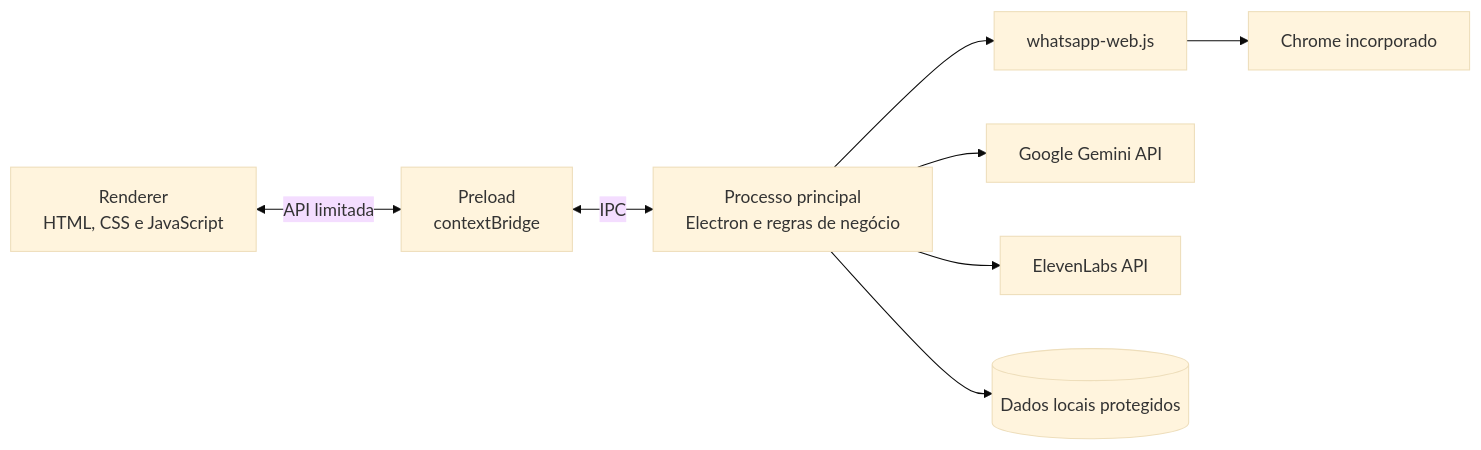
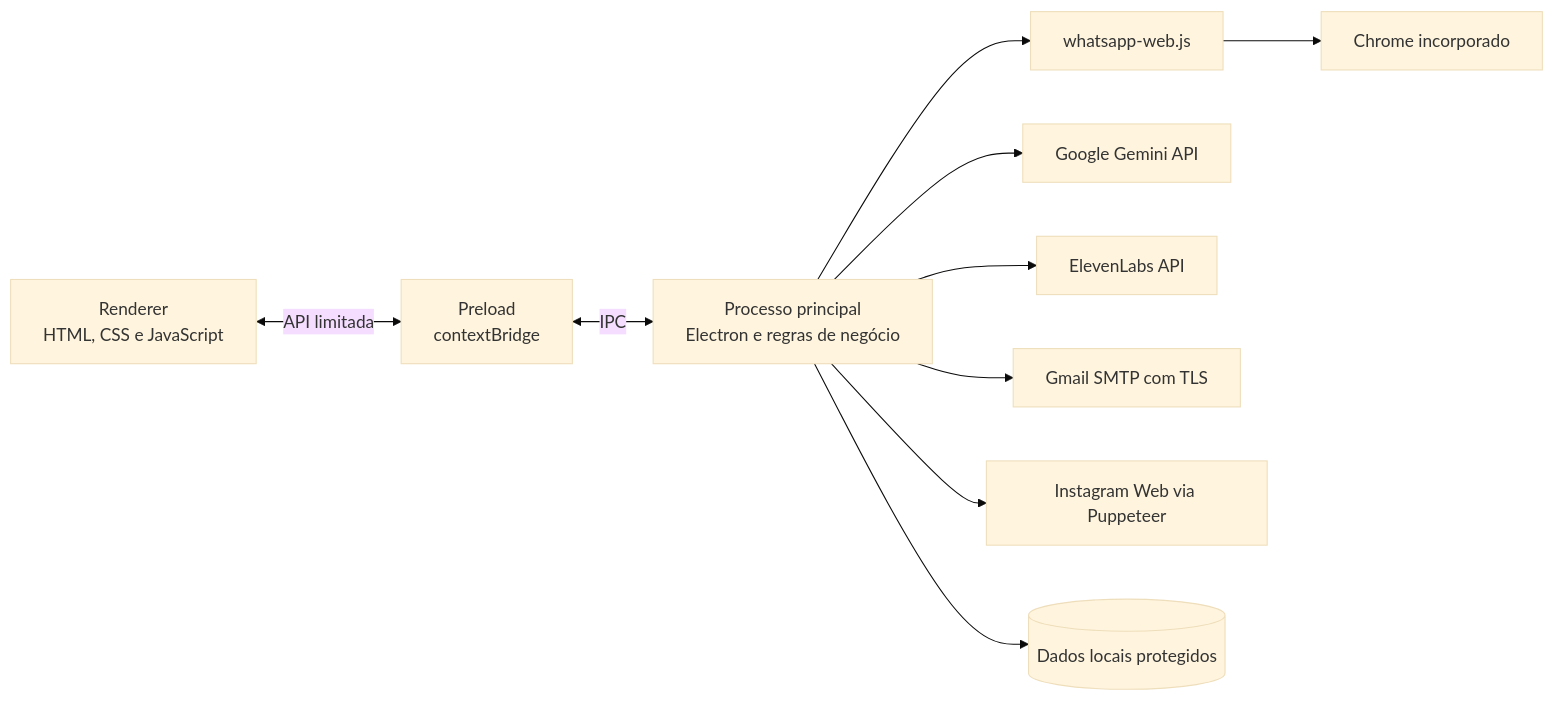
One commit to louro2023/ChatbotcomIA changed the third of 3 diagrams in README.md. Above: the diagram before and after it, drawn with Mermaid (base theme). The commit also changed other lines of this file and 12 other files, not shown here.

````diff
--- a/README.md
+++ b/README.md
@@ -159,10 +169,12 @@
 ```mermaid
 flowchart LR
     UI[Renderer<br>HTML, CSS e JavaScript] <-->|API limitada| PRE[Preload<br>contextBridge]
     PRE <-->|IPC| MAIN[Processo principal<br>Electron e regras de negócio]
     MAIN --> WA[whatsapp-web.js]
     MAIN --> GEMINI[Google Gemini API]
     MAIN --> VOICE[ElevenLabs API]
+    MAIN --> GMAIL[Gmail SMTP com TLS]
+    MAIN --> IG[Instagram Web via Puppeteer]
     MAIN --> DATA[(Dados locais protegidos)]
     WA --> CHROME[Chrome incorporado]
 ```
````
